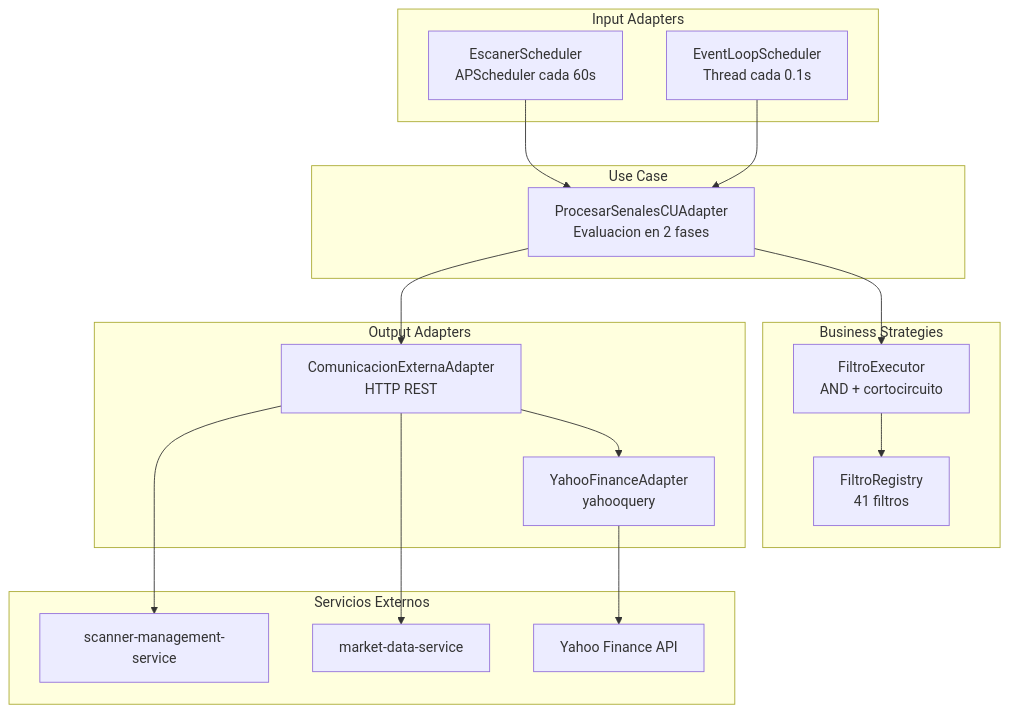
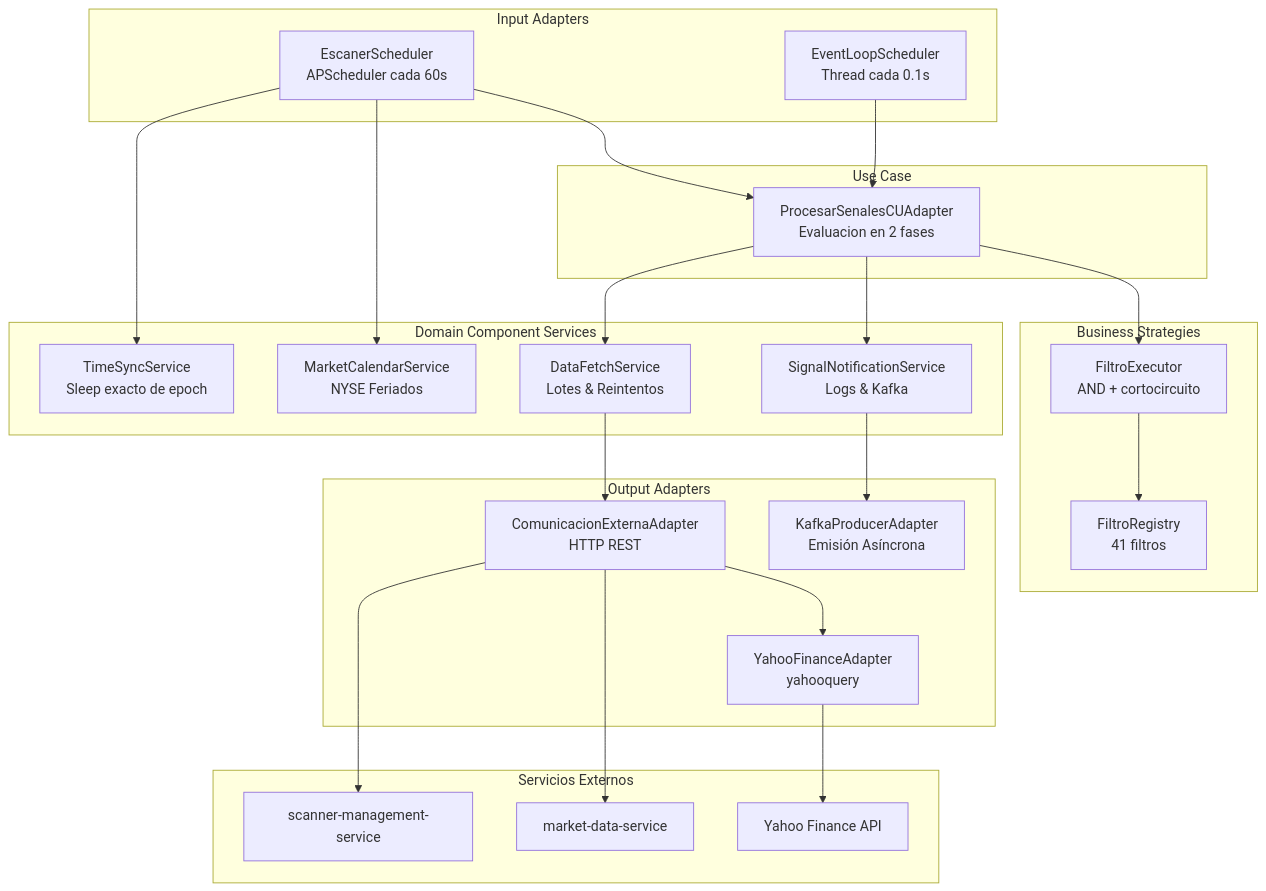
Before and after one commit to MeTradingPlat/signal-processing-service: the diagram in README.md, drawn with Mermaid. The commit also changed other lines of this file and 6 other files, not shown here.

````diff
--- a/README.md
+++ b/README.md
@@ -7,34 +7,45 @@
 ```mermaid
 graph TB
     subgraph Input["Input Adapters"]
         SCH[EscanerScheduler<br/>APScheduler cada 60s]
         EVL[EventLoopScheduler<br/>Thread cada 0.1s]
     end
 
     subgraph UseCase["Use Case"]
         PS[ProcesarSenalesCUAdapter<br/>Evaluacion en 2 fases]
     end
 
     subgraph Business["Business Strategies"]
         FR[FiltroRegistry<br/>41 filtros]
         FE[FiltroExecutor<br/>AND + cortocircuito]
     end
 
+    subgraph DomainServices["Domain Component Services"]
+        TSS[TimeSyncService<br/>Sleep exacto de epoch]
+        MCS[MarketCalendarService<br/>NYSE Feriados]
+        DFS[DataFetchService<br/>Lotes & Reintentos]
+        SNS[SignalNotificationService<br/>Logs & Kafka]
+    end
+
     subgraph Output["Output Adapters"]
         CE[ComunicacionExternaAdapter<br/>HTTP REST]
         YF[YahooFinanceAdapter<br/>yahooquery]
+        KFK[KafkaProducerAdapter<br/>Emisión Asíncrona]
     end
 
     subgraph External["Servicios Externos"]
         SMS[scanner-management-service]
         MDS[market-data-service]
         YQ[Yahoo Finance API]
     end
 
     SCH --> PS
+    SCH --> MCS & TSS
     EVL --> PS
+    PS --> DFS & SNS
     PS --> FE --> FR
-    PS --> CE
+    DFS --> CE
+    SNS --> KFK
     CE --> SMS & MDS
     CE --> YF --> YQ
 ```
````
